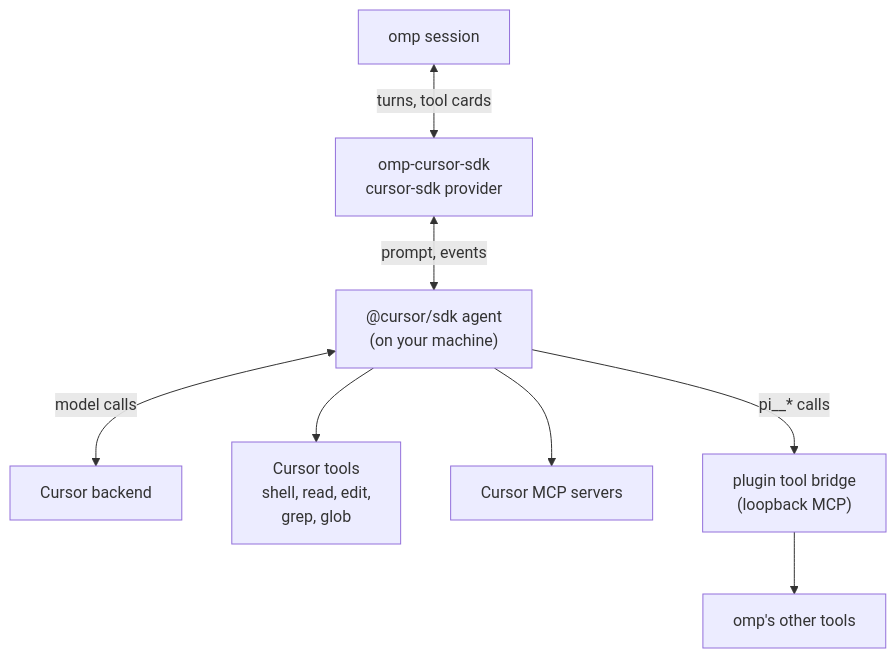
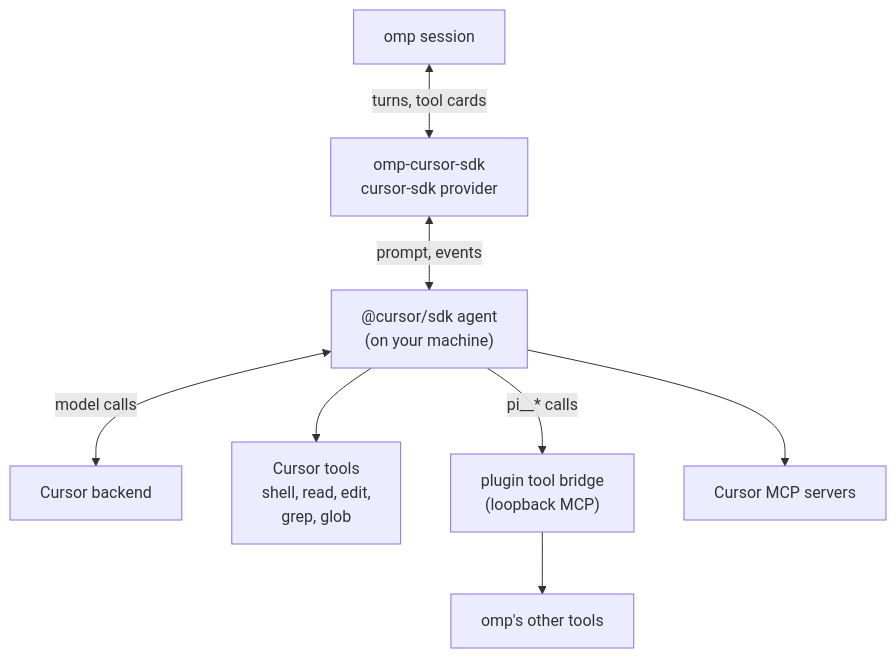
Before and after one commit to LoneExile/omp-cursor-sdk: the first of 2 diagrams in README.md, drawn with Mermaid. The commit also changed other lines of this file, not shown here.

First line of the commit message:
docs: keep the README diagram's corner clear of GitHub's zoom controls

````diff
--- a/README.md
+++ b/README.md
@@ -16,10 +16,10 @@
 ```mermaid
 flowchart TD
   omp["omp session"] <-->|"turns, tool cards"| plugin["omp-cursor-sdk<br/>cursor-sdk provider"]
   plugin <-->|"prompt, events"| agent["@cursor/sdk agent<br/>(on your machine)"]
   agent <-->|"model calls"| backend["Cursor backend"]
   agent --> tools["Cursor tools<br/>shell, read, edit,<br/>grep, glob"]
-  agent --> mcp["Cursor MCP servers"]
   agent -->|"pi__* calls"| bridge["plugin tool bridge<br/>(loopback MCP)"]
   bridge --> ompTools["omp's other tools"]
+  agent --> mcp["Cursor MCP servers"]
 ```
````
